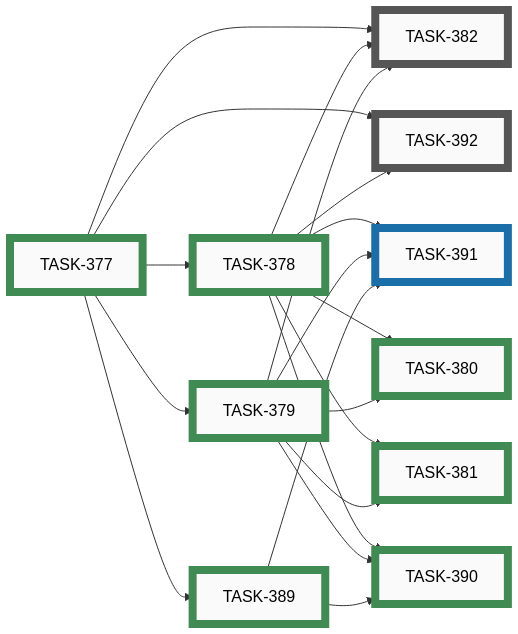
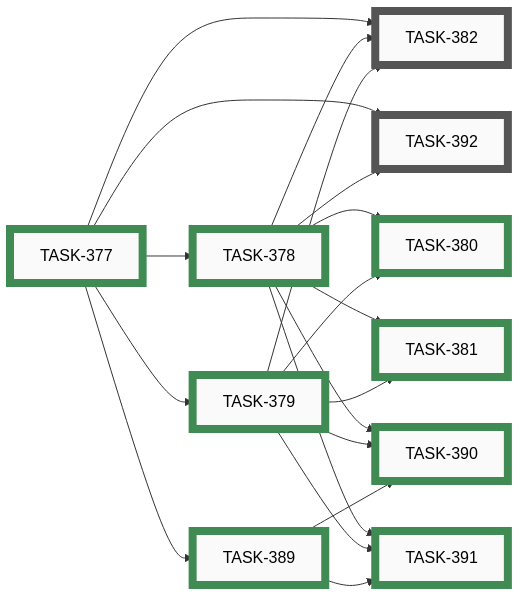
Before and after one commit to tgd1975/AwesomeGuitarPedal: the ninth of 11 diagrams in docs/developers/tasks/EPICS.md, drawn with Mermaid. The commit also changed other lines of this file and 8 other files, not shown here.

First line of the commit message:
close TASK-391: missing-mapping warning surfaces (EPIC-029)

````diff
--- a/docs/developers/tasks/EPICS.md
+++ b/docs/developers/tasks/EPICS.md
@@ -305,49 +305,49 @@
 ```mermaid
 graph LR
     TASK_382["TASK-382"]:::open
     TASK_392["TASK-392"]:::open
-    TASK_391["TASK-391"]:::active
     TASK_377["TASK-377"]:::closed
     TASK_378["TASK-378"]:::closed
     TASK_379["TASK-379"]:::closed
     TASK_380["TASK-380"]:::closed
     TASK_381["TASK-381"]:::closed
     TASK_389["TASK-389"]:::closed
     TASK_390["TASK-390"]:::closed
+    TASK_391["TASK-391"]:::closed
     TASK_377 --> TASK_382
     TASK_378 --> TASK_382
     TASK_379 --> TASK_382
     TASK_377 --> TASK_392
     TASK_378 --> TASK_392
-    TASK_378 --> TASK_391
-    TASK_379 --> TASK_391
-    TASK_389 --> TASK_391
     TASK_377 --> TASK_378
     TASK_377 --> TASK_379
     TASK_378 --> TASK_380
     TASK_379 --> TASK_380
     TASK_378 --> TASK_381
     TASK_379 --> TASK_381
     TASK_377 --> TASK_389
     TASK_378 --> TASK_390
     TASK_379 --> TASK_390
     TASK_389 --> TASK_390
+    TASK_378 --> TASK_391
+    TASK_379 --> TASK_391
+    TASK_389 --> TASK_391
     click TASK_382 "open/task-382-named-pins-builder-docs-and-github-addition-process.md"
     click TASK_392 "open/task-392-js-config-builder-pinnames-ux.md"
-    click TASK_391 "active/task-391-missing-mapping-warning-surfaces.md"
     click TASK_377 "closed/task-377-define-v1-standard-pin-name-set.md"
     click TASK_378 "closed/task-378-hardware-config-pinnames-mapping.md"
     click TASK_379 "closed/task-379-profile-schema-accept-named-pin-references.md"
     click TASK_380 "closed/task-380-esp32-resolve-named-pins-at-config-load.md"
     click TASK_381 "closed/task-381-configurator-named-pin-ux-autocomplete-validation-warning.md"
     click TASK_389 "closed/task-389-pin-names-catalog-service.md"
     click TASK_390 "closed/task-390-action-editor-named-pin-ux.md"
+    click TASK_391 "closed/task-391-missing-mapping-warning-surfaces.md"
     classDef open    fill:#FAFAFA,stroke:#555,stroke-width:8px,color:#000
     classDef active  fill:#FAFAFA,stroke:#1A6FA8,stroke-width:8px,color:#000
     classDef closed  fill:#FAFAFA,stroke:#3F8B53,stroke-width:8px,color:#000
     classDef paused  fill:#FAFAFA,stroke:#B07810,stroke-width:8px,color:#000
     classDef openExt    fill:#000,stroke:#888,stroke-width:8px,color:#FFF
     classDef activeExt  fill:#000,stroke:#3FA9F5,stroke-width:8px,color:#FFF
     classDef closedExt  fill:#000,stroke:#7CC68A,stroke-width:8px,color:#FFF
     classDef pausedExt  fill:#000,stroke:#F0B030,stroke-width:8px,color:#FFF
 ```
````
